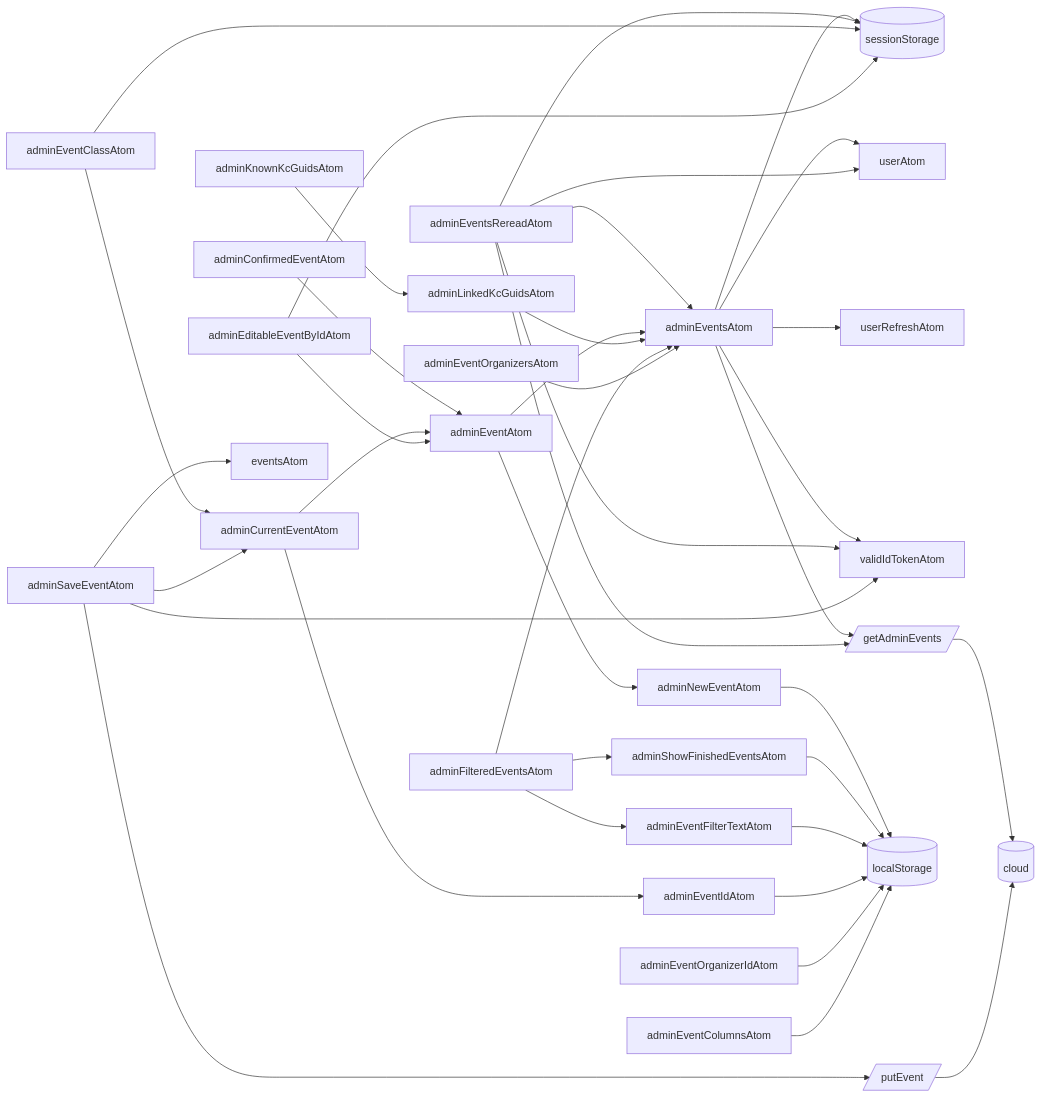
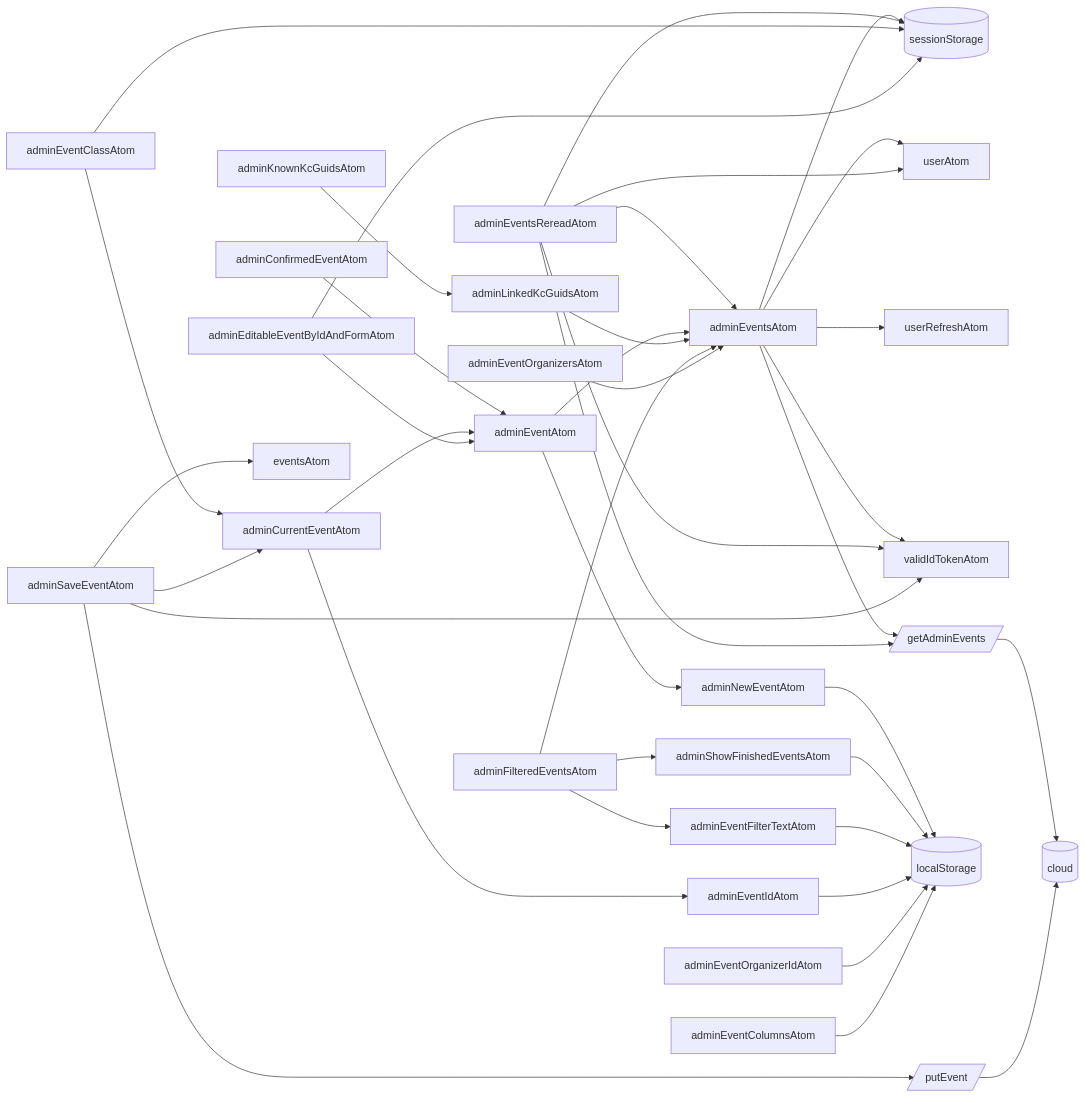
One commit to koekalenteri/koekalenteri changed the fourth of 12 diagrams in src/pages/admin/state/README.md. Above: the diagram before and after it, drawn with Mermaid. The commit also changed other lines of this file and 14 other files, not shown here.

First line of the commit message:
fix(admin): each event view keeps its own draft (#1803)

````diff
--- a/src/pages/admin/state/README.md
+++ b/src/pages/admin/state/README.md
@@ -128,53 +137,53 @@
 ```mermaid
 graph LR
   adminEventsAtom-->sessionStorage
   adminEventsAtom-->userAtom
   adminEventsAtom-->userRefreshAtom
   adminEventsAtom-->validIdTokenAtom
   adminEventsAtom-->getAdminEvents[/getAdminEvents/]-->aws
   adminEventsRereadAtom-->adminEventsAtom
   adminEventsRereadAtom-->sessionStorage
   adminEventsRereadAtom-->userAtom
   adminEventsRereadAtom-->validIdTokenAtom
   adminEventsRereadAtom-->getAdminEvents
 
   adminNewEventAtom-->localStorage
   adminShowFinishedEventsAtom-->localStorage
   adminEventFilterTextAtom-->localStorage
   adminEventIdAtom-->localStorage
   adminEventOrganizerIdAtom-->localStorage
   adminEventColumnsAtom-->localStorage
 
   localStorage[(localStorage)]
   sessionStorage[(sessionStorage)]
 
   adminEventAtom-->adminNewEventAtom
   adminEventAtom-->adminEventsAtom
 
   adminLinkedKcGuidsAtom-->adminEventsAtom
   adminKnownKcGuidsAtom-->adminLinkedKcGuidsAtom
 
   adminConfirmedEventAtom-->adminEventAtom
 
   adminCurrentEventAtom-->adminEventIdAtom
   adminCurrentEventAtom-->adminEventAtom
 
   adminFilteredEventsAtom-->adminEventsAtom
   adminFilteredEventsAtom-->adminEventFilterTextAtom
   adminFilteredEventsAtom-->adminShowFinishedEventsAtom
 
   adminEventOrganizersAtom-->adminEventsAtom
 
   adminEventClassAtom-->sessionStorage
   adminEventClassAtom-->adminCurrentEventAtom
 
-  adminEditableEventByIdAtom-->sessionStorage
-  adminEditableEventByIdAtom-->adminEventAtom
+  adminEditableEventByIdAndFormAtom-->sessionStorage
+  adminEditableEventByIdAndFormAtom-->adminEventAtom
 
   adminSaveEventAtom-->adminCurrentEventAtom
   adminSaveEventAtom-->validIdTokenAtom
   adminSaveEventAtom-->eventsAtom
   adminSaveEventAtom-->putEvent[/putEvent/]-->aws
 
   aws[(cloud)]
 ```
````
